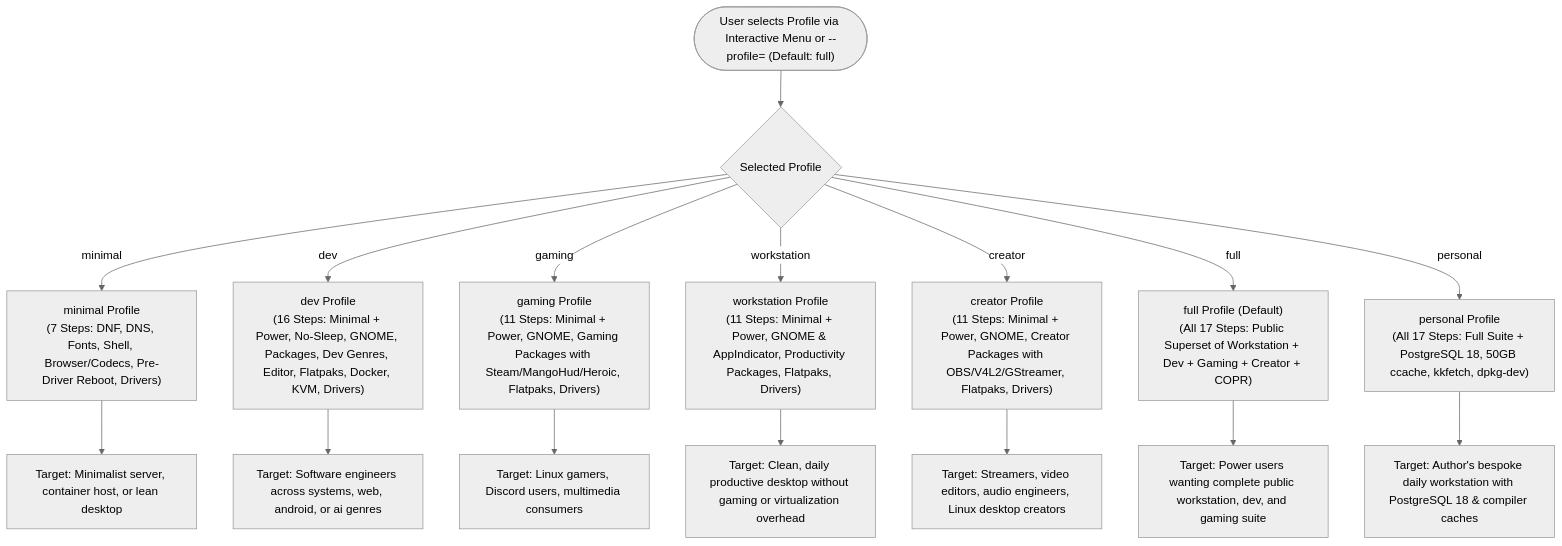
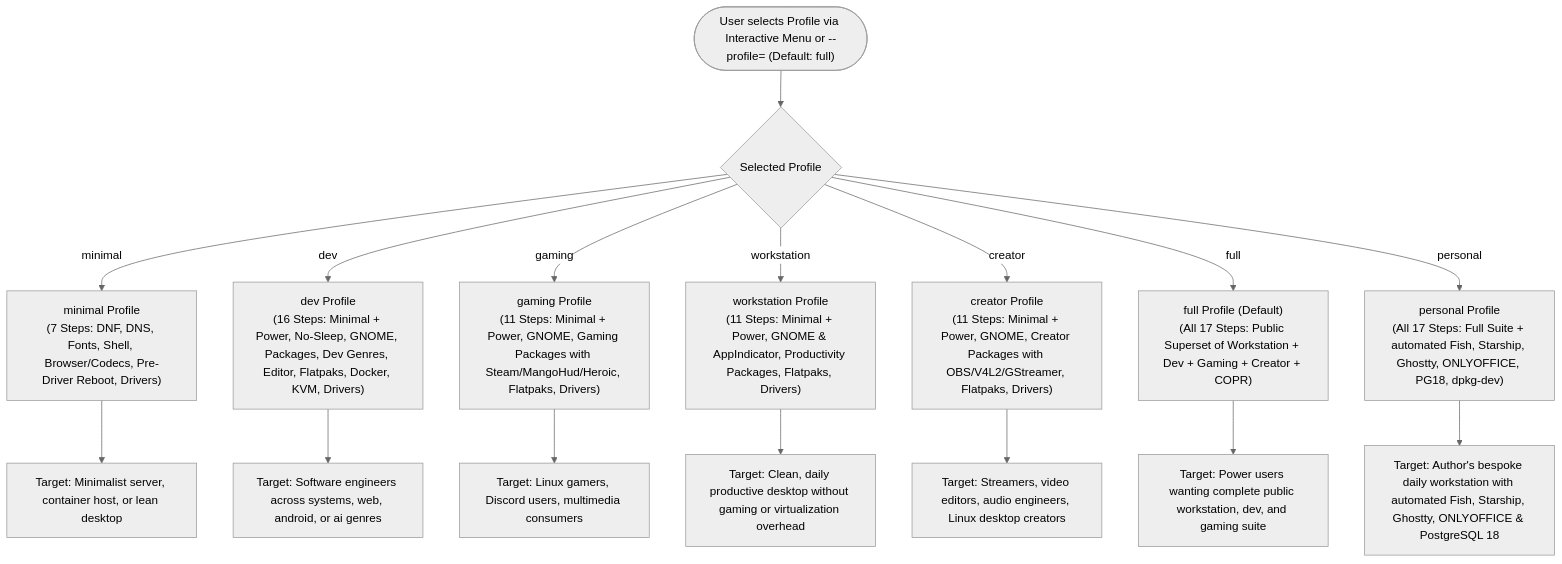
The second of 21 diagrams in PSEUDOCODE.md (kk376/fedora-post-install), drawn with Mermaid (neutral theme) before and after one commit. The commit also changed other lines of this file and 2 other files, not shown here.

````diff
--- a/PSEUDOCODE.md
+++ b/PSEUDOCODE.md
@@ -106,20 +106,20 @@
 ```mermaid
 flowchart TD
     UserSelect(["User selects Profile via Interactive Menu or --profile=<name> (Default: full)"]) --> SwitchProfile{Selected Profile}
 
     SwitchProfile -- minimal --> P_Min["minimal Profile<br/>(7 Steps: DNF, DNS, Fonts, Shell, Browser/Codecs, Pre-Driver Reboot, Drivers)"]
     SwitchProfile -- dev --> P_Dev["dev Profile<br/>(16 Steps: Minimal + Power, No-Sleep, GNOME, Packages, Dev Genres, Editor, Flatpaks, Docker, KVM, Drivers)"]
     SwitchProfile -- gaming --> P_Gaming["gaming Profile<br/>(11 Steps: Minimal + Power, GNOME, Gaming Packages with Steam/MangoHud/Heroic, Flatpaks, Drivers)"]
     SwitchProfile -- workstation --> P_Work["workstation Profile<br/>(11 Steps: Minimal + Power, GNOME & AppIndicator, Productivity Packages, Flatpaks, Drivers)"]
     SwitchProfile -- creator --> P_Creator["creator Profile<br/>(11 Steps: Minimal + Power, GNOME, Creator Packages with OBS/V4L2/GStreamer, Flatpaks, Drivers)"]
     SwitchProfile -- full --> P_Full["full Profile (Default)<br/>(All 17 Steps: Public Superset of Workstation + Dev + Gaming + Creator + COPR)"]
-    SwitchProfile -- personal --> P_Personal["personal Profile<br/>(All 17 Steps: Full Suite + PostgreSQL 18, 50GB ccache, kkfetch, dpkg-dev)"]
+    SwitchProfile -- personal --> P_Personal["personal Profile<br/>(All 17 Steps: Full Suite + automated Fish, Starship, Ghostty, ONLYOFFICE, PG18, dpkg-dev)"]
 
     P_Min --> CoreOnly["Target: Minimalist server, container host, or lean desktop"]
     P_Dev --> DevOnly["Target: Software engineers across systems, web, android, or ai genres"]
     P_Gaming --> GameOnly["Target: Linux gamers, Discord users, multimedia consumers"]
     P_Work --> WorkOnly["Target: Clean, daily productive desktop without gaming or virtualization overhead"]
     P_Creator --> CreatorOnly["Target: Streamers, video editors, audio engineers, Linux desktop creators"]
     P_Full --> FullOnly["Target: Power users wanting complete public workstation, dev, and gaming suite"]
-    P_Personal --> PersonalOnly["Target: Author's bespoke daily workstation with PostgreSQL 18 & compiler caches"]
+    P_Personal --> PersonalOnly["Target: Author's bespoke daily workstation with automated Fish, Starship, Ghostty, ONLYOFFICE & PostgreSQL 18"]
 ```
````
